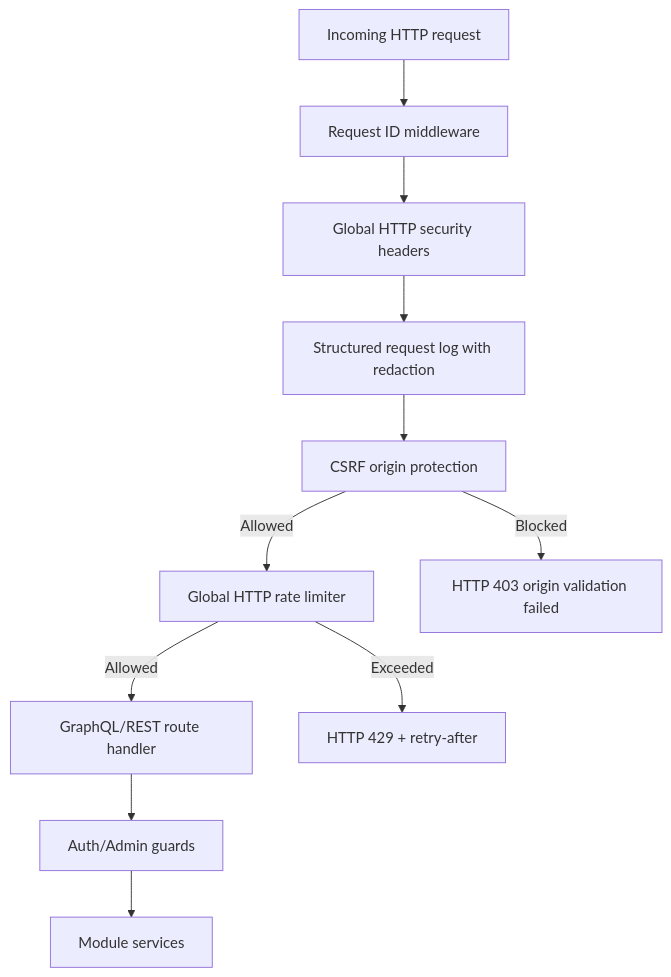
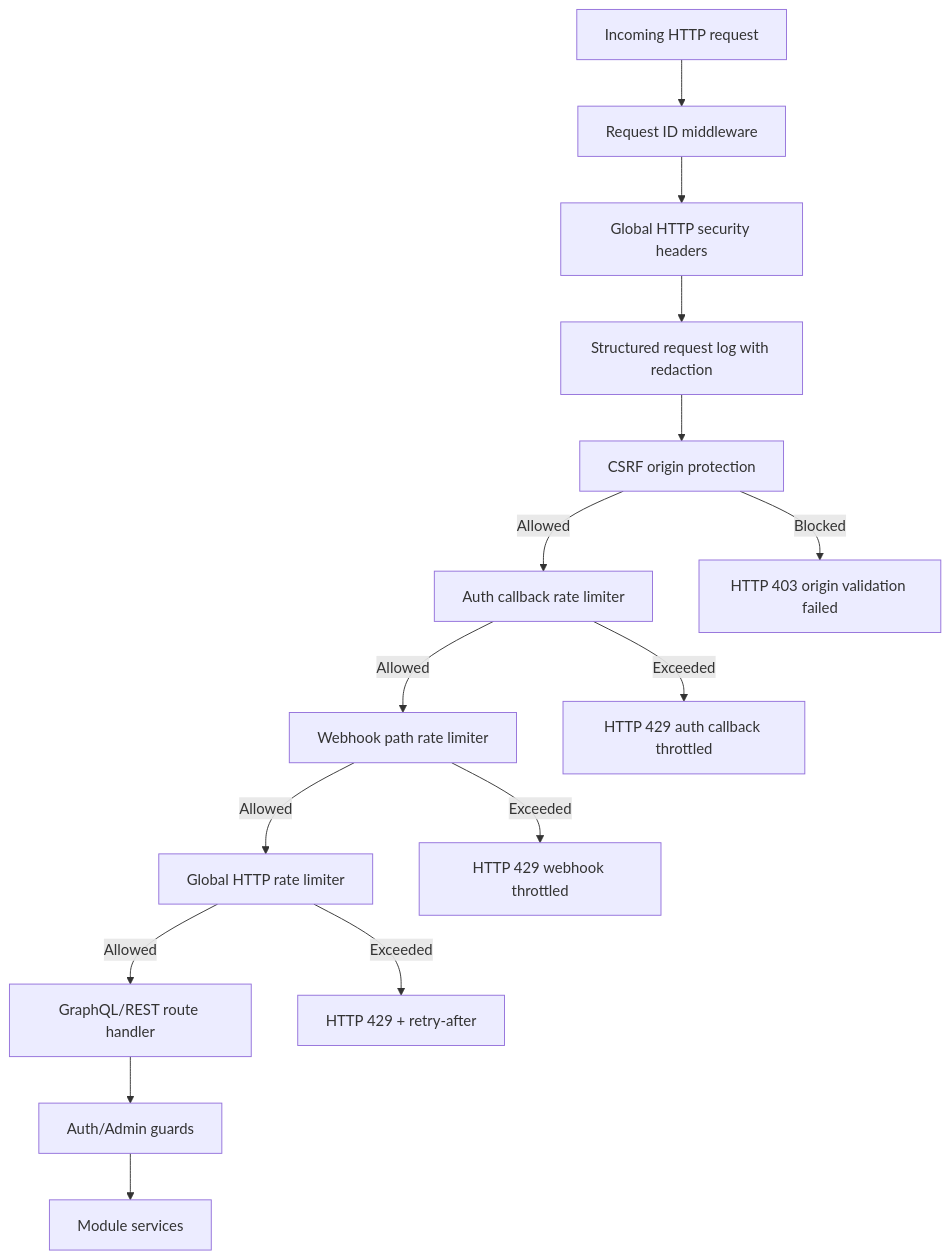
The diagram in apps/backend/src/common/README.md (AmanVatsSharma/MailZen-Smart-Email-Management), drawn with Mermaid before and after one commit. The commit also changed other lines of this file and 5 other files, not shown here.

Commit message:
Add scoped webhook rate limiting middleware

````diff
--- a/apps/backend/src/common/README.md
+++ b/apps/backend/src/common/README.md
@@ -119,13 +139,17 @@
 ```mermaid
 flowchart TD
   Request[Incoming HTTP request] --> Correlation[Request ID middleware]
   Correlation --> SecurityHeaders[Global HTTP security headers]
   SecurityHeaders --> StructLog[Structured request log with redaction]
   StructLog --> CsrfOrigin[CSRF origin protection]
-  CsrfOrigin -->|Allowed| RateLimit[Global HTTP rate limiter]
+  CsrfOrigin -->|Allowed| AuthCallbackLimit[Auth callback rate limiter]
   CsrfOrigin -->|Blocked| CsrfReject[HTTP 403 origin validation failed]
+  AuthCallbackLimit -->|Allowed| WebhookLimit[Webhook path rate limiter]
+  AuthCallbackLimit -->|Exceeded| AuthReject[HTTP 429 auth callback throttled]
+  WebhookLimit -->|Allowed| RateLimit[Global HTTP rate limiter]
+  WebhookLimit -->|Exceeded| WebhookReject[HTTP 429 webhook throttled]
   RateLimit -->|Allowed| Route[GraphQL/REST route handler]
   RateLimit -->|Exceeded| Reject[HTTP 429 + retry-after]
   Route --> Guards[Auth/Admin guards]
   Guards --> Services[Module services]
 ```
````
